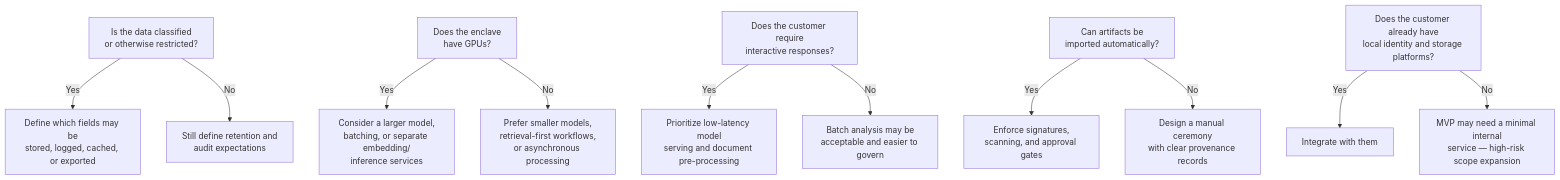
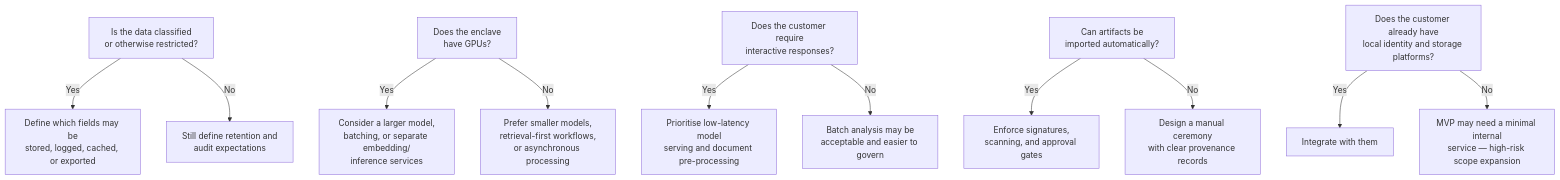
The second of 2 diagrams in 02_System_Design_Case_Studies/Standalone_Designs/19_Air_Gapped_AI_System/3_Tutorial/19_Tutorial.md (Sourav692/Forward-Deployed-Engineer-Interview-Prep), drawn with Mermaid before and after one commit. The commit also changed 191 other files, not shown here.

First line of the commit message:
content: British spellings inside diagrams (AF-06)

````diff
--- a/02_System_Design_Case_Studies/Standalone_Designs/19_Air_Gapped_AI_System/3_Tutorial/19_Tutorial.md
+++ b/02_System_Design_Case_Studies/Standalone_Designs/19_Air_Gapped_AI_System/3_Tutorial/19_Tutorial.md
@@ -181,13 +181,13 @@
 ```mermaid
 flowchart TD
     A["Is the data classified<br/>or otherwise restricted?"] -->|Yes| A1["Define which fields may be<br/>stored, logged, cached, or exported"]
     A -->|No| A2["Still define retention and<br/>audit expectations"]
     B["Does the enclave<br/>have GPUs?"] -->|Yes| B1["Consider a larger model,<br/>batching, or separate embedding/<br/>inference services"]
     B -->|No| B2["Prefer smaller models,<br/>retrieval-first workflows,<br/>or asynchronous processing"]
-    C["Does the customer require<br/>interactive responses?"] -->|Yes| C1["Prioritize low-latency model<br/>serving and document pre-processing"]
+    C["Does the customer require<br/>interactive responses?"] -->|Yes| C1["Prioritise low-latency model<br/>serving and document pre-processing"]
     C -->|No| C2["Batch analysis may be<br/>acceptable and easier to govern"]
     D["Can artifacts be<br/>imported automatically?"] -->|Yes| D1["Enforce signatures,<br/>scanning, and approval gates"]
     D -->|No| D2["Design a manual ceremony<br/>with clear provenance records"]
     E["Does the customer already have<br/>local identity and storage platforms?"] -->|Yes| E1["Integrate with them"]
     E -->|No| E2["MVP may need a minimal internal<br/>service — high-risk scope expansion"]
 ```
````
